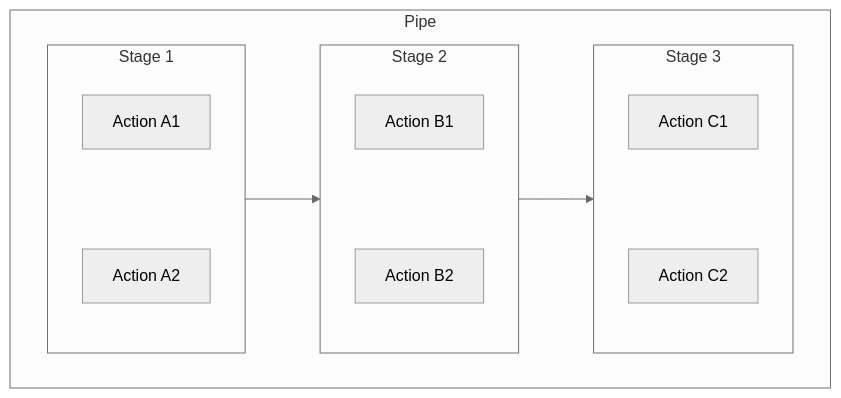
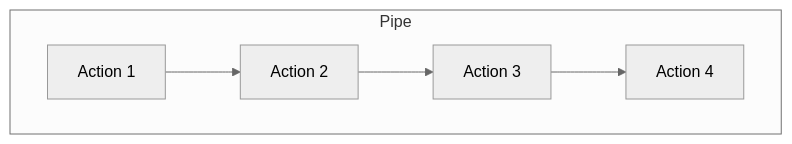
Before and after one commit to liuzheming/merchant-pipe: the second of 2 diagrams in README.md, drawn with Mermaid (neutral theme). The commit also changed other lines of this file and 1 other file, not shown here.

Commit message:
readme.md

````diff
--- a/README.md
+++ b/README.md
@@ -51,25 +48,7 @@
 ```mermaid
 flowchart LR
     subgraph Pipe["Pipe"]
         direction LR
-        subgraph Stage1["Stage 1"]
-            direction TB
-            A1["Action A1"]
-            A2["Action A2"]
-            A1 ~~~ A2
-        end
-        subgraph Stage2["Stage 2"]
-            direction TB
-            B1["Action B1"]
-            B2["Action B2"]
-            B1 ~~~ B2
-        end
-        subgraph Stage3["Stage 3"]
-            direction TB
-            C1["Action C1"]
-            C2["Action C2"]
-            C1 ~~~ C2
-        end
-        Stage1 --> Stage2 --> Stage3
+        A1["Action 1"] --> A2["Action 2"] --> A3["Action 3"] --> A4["Action 4"]
     end
 ```
````
